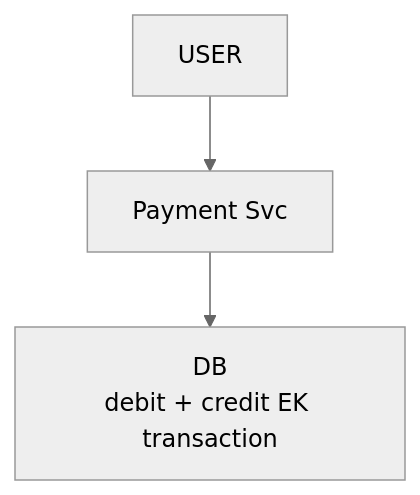
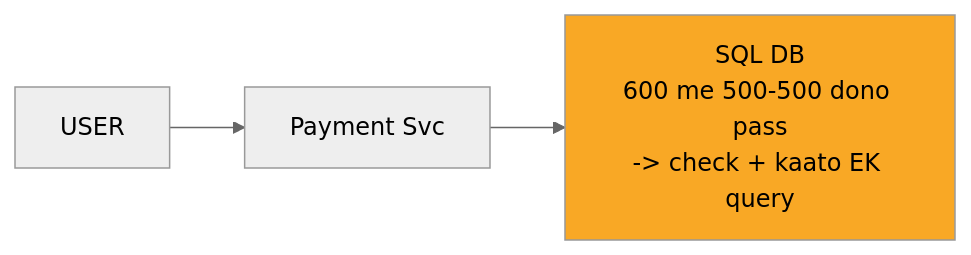
The third of 12 diagrams in 04_HLD/SYSTEM_DESIGNS/06_payment_system/06_payment_system.md (ArpanMaheshwari144/Prep), drawn with Mermaid (neutral theme) before and after one commit. The commit also changed other lines of this file and 2 other files, not shown here.

Commit message:
notification, payment, file upload: one-day story, short cards, follow-ups with rules, highlighted diagrams

````diff
--- a/04_HLD/SYSTEM_DESIGNS/06_payment_system/06_payment_system.md
+++ b/04_HLD/SYSTEM_DESIGNS/06_payment_system/06_payment_system.md
@@ -116,8 +143,9 @@
 ```mermaid
-flowchart TD
+flowchart LR
     n_USER["USER"]
     n_Payment_Svc["Payment Svc"]
-    n_DB["DB<br/>debit + credit EK transaction"]
+    n_DB["SQL DB<br/>600 me 500-500 dono pass<br/>-> check + kaato EK query"]
     n_USER --> n_Payment_Svc
     n_Payment_Svc --> n_DB
+    style n_DB fill:#f9a825,color:#000
 ```
````
